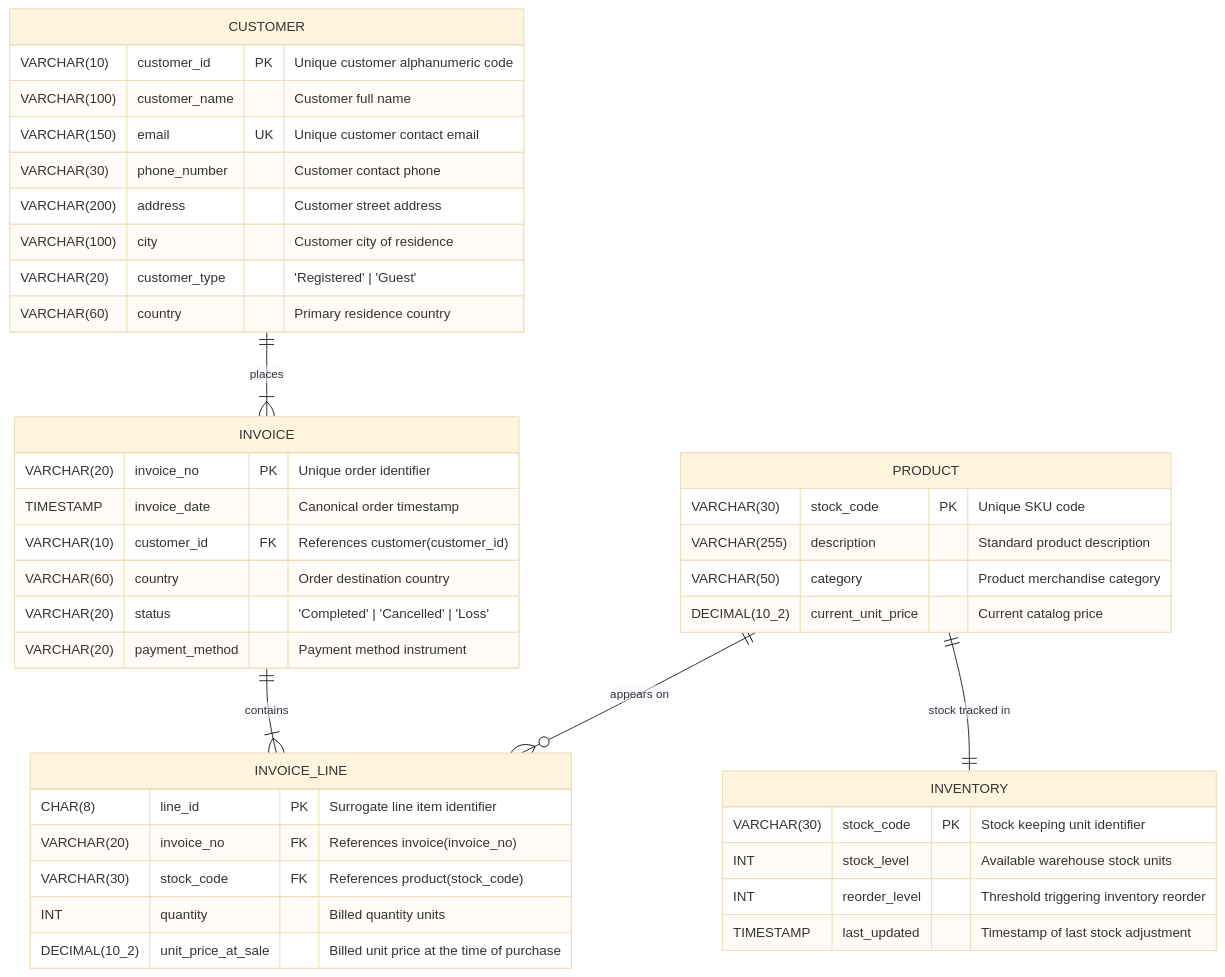
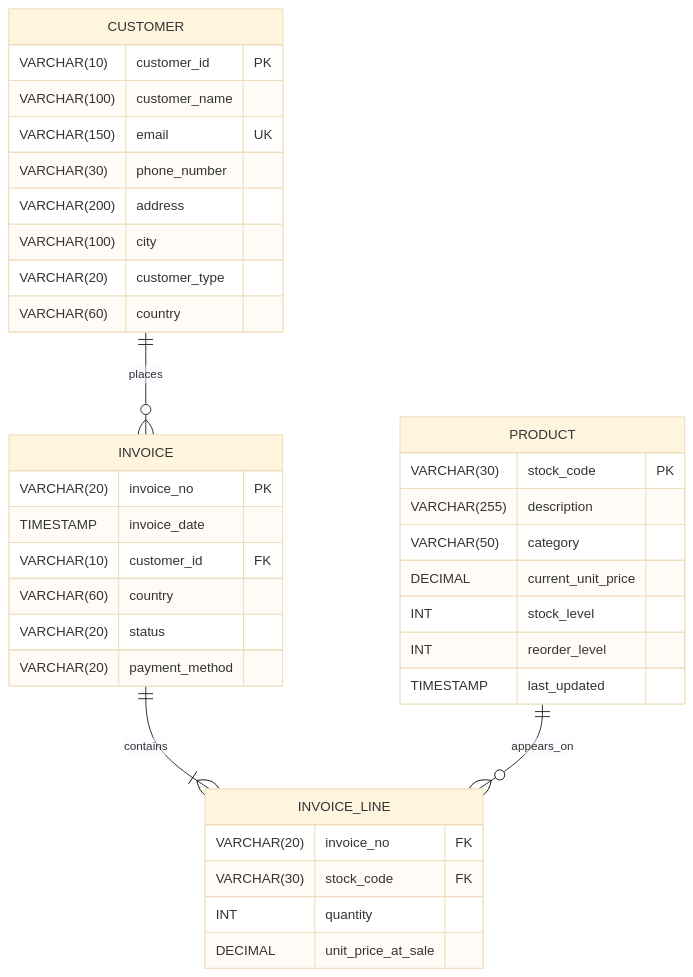
One commit to geraldmartadinata/aol-kodes-retail changed the diagram in docs/ERD.md. Above: the diagram before and after it, drawn with Mermaid (base theme). The commit also changed other lines of this file and 17 other files, not shown here.

Commit message:
update new ERD

````diff
--- a/docs/ERD.md
+++ b/docs/ERD.md
@@ -11,49 +7,40 @@
 ```mermaid
 erDiagram
-    CUSTOMER ||--|{ INVOICE : places
+    CUSTOMER ||--o{ INVOICE : places
     INVOICE ||--|{ INVOICE_LINE : contains
-    PRODUCT ||--o{ INVOICE_LINE : "appears on"
-    PRODUCT ||--|| INVENTORY : "stock tracked in"
+    PRODUCT ||--o{ INVOICE_LINE : appears_on
 
     CUSTOMER {
-        VARCHAR(10) customer_id PK "Unique customer alphanumeric code"
-        VARCHAR(100) customer_name "Customer full name"
-        VARCHAR(150) email UK "Unique customer contact email"
-        VARCHAR(30) phone_number "Customer contact phone"
-        VARCHAR(200) address "Customer street address"
-        VARCHAR(100) city "Customer city of residence"
-        VARCHAR(20) customer_type "'Registered' | 'Guest'"
-        VARCHAR(60) country "Primary residence country"
+        VARCHAR(10) customer_id PK
+        VARCHAR(100) customer_name
+        VARCHAR(150) email UK
+        VARCHAR(30) phone_number
+        VARCHAR(200) address
+        VARCHAR(100) city
+        VARCHAR(20) customer_type
+        VARCHAR(60) country
     }
-
     INVOICE {
-        VARCHAR(20) invoice_no PK "Unique order identifier"
-        TIMESTAMP invoice_date "Canonical order timestamp"
-        VARCHAR(10) customer_id FK "References customer(customer_id)"
-        VARCHAR(60) country "Order destination country"
-        VARCHAR(20) status "'Completed' | 'Cancelled' | 'Loss'"
-        VARCHAR(20) payment_method "Payment method instrument"
+        VARCHAR(20) invoice_no PK
+        TIMESTAMP invoice_date
+        VARCHAR(10) customer_id FK
+        VARCHAR(60) country
+        VARCHAR(20) status
+        VARCHAR(20) payment_method
     }
-
+    INVOICE_LINE {
+        VARCHAR(20) invoice_no FK
+        VARCHAR(30) stock_code FK
+        INT quantity
+        DECIMAL unit_price_at_sale
+    }
     PRODUCT {
-        VARCHAR(30) stock_code PK "Unique SKU code"
-        VARCHAR(255) description "Standard product description"
-        VARCHAR(50) category "Product merchandise category"
-        DECIMAL(10_2) current_unit_price "Current catalog price"
-    }
-
-    INVENTORY {
-        VARCHAR(30) stock_code PK "Stock keeping unit identifier"
-        INT stock_level "Available warehouse stock units"
-        INT reorder_level "Threshold triggering inventory reorder"
-        TIMESTAMP last_updated "Timestamp of last stock adjustment"
-    }
-
-    INVOICE_LINE {
-        CHAR(8) line_id PK "Surrogate line item identifier"
-        VARCHAR(20) invoice_no FK "References invoice(invoice_no)"
-        VARCHAR(30) stock_code FK "References product(stock_code)"
-        INT quantity "Billed quantity units"
-        DECIMAL(10_2) unit_price_at_sale "Billed unit price at the time of purchase"
+        VARCHAR(30) stock_code PK
+        VARCHAR(255) description
+        VARCHAR(50) category
+        DECIMAL current_unit_price
+        INT stock_level
+        INT reorder_level
+        TIMESTAMP last_updated
     }
 ```
````
